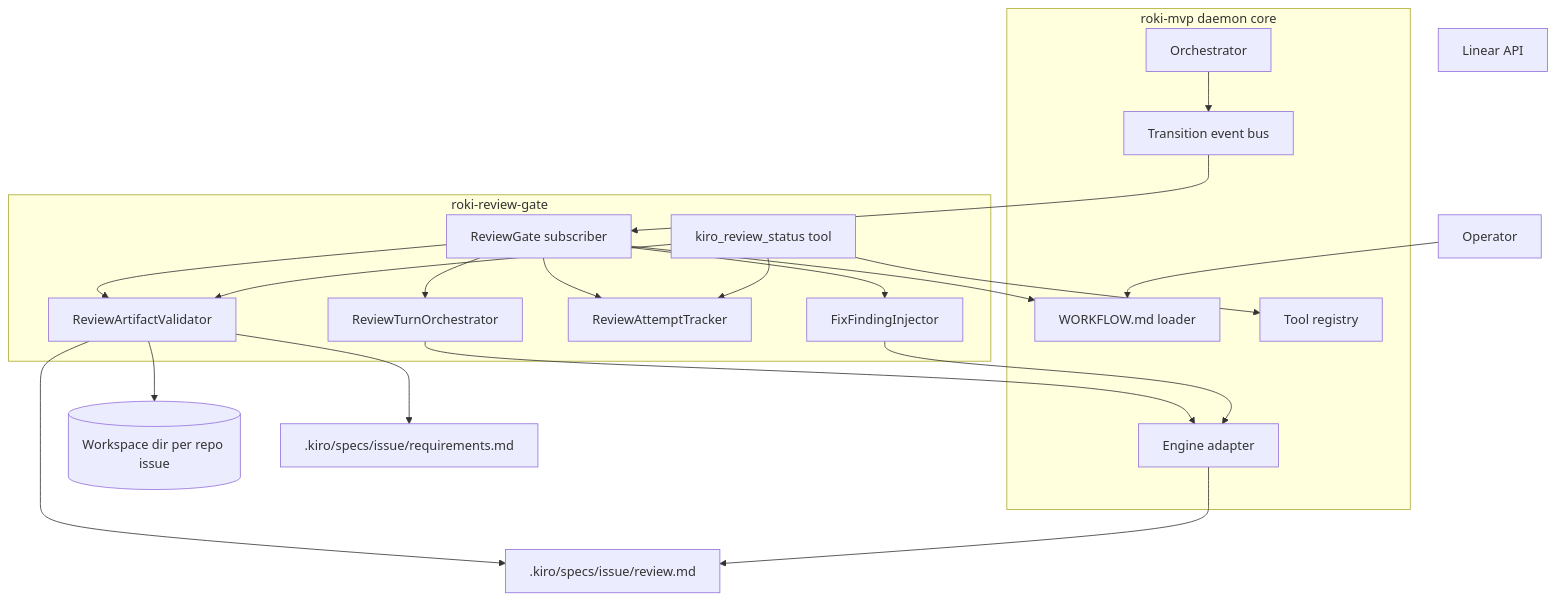
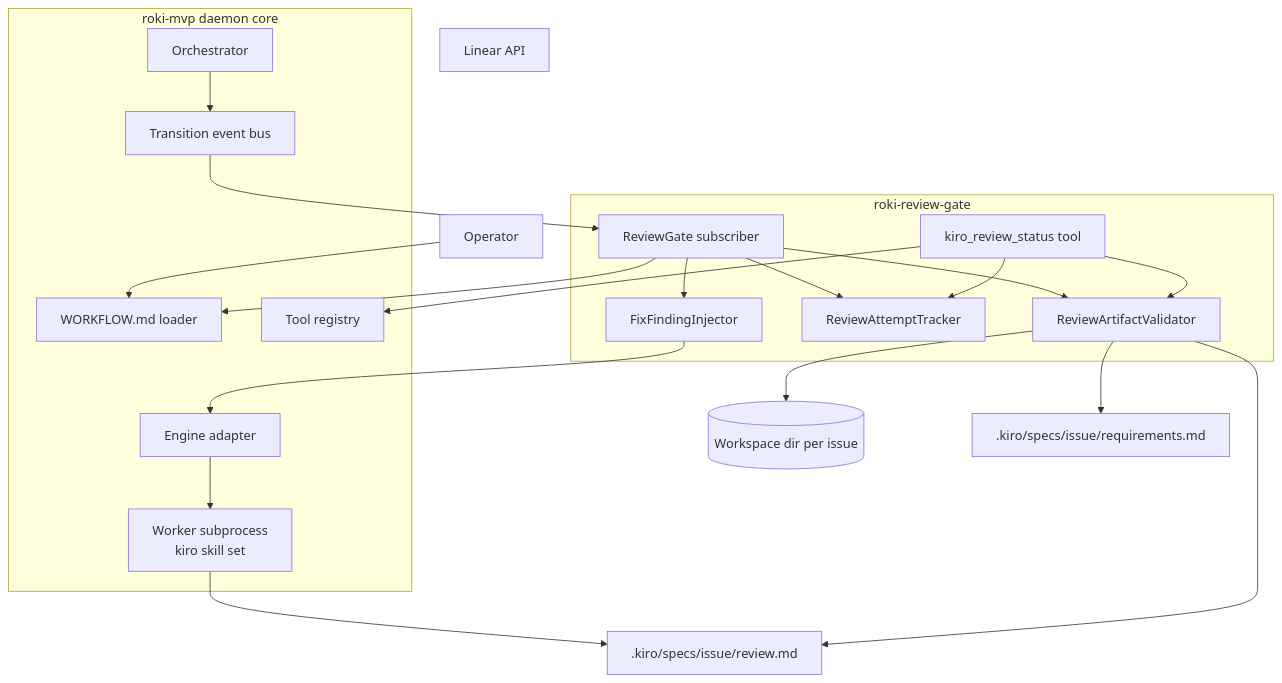
One commit to reedom/roki changed the first of 3 diagrams in .kiro/specs/roki-review-gate/design.md. Above: the diagram before and after it, drawn with Mermaid. The commit also changed other lines of this file and 7 other files, not shown here.

Commit message:
docs(specs): refine review-gate scope and approach alignment

````diff
--- a/.kiro/specs/roki-review-gate/design.md
+++ b/.kiro/specs/roki-review-gate/design.md
@@ -84,43 +86,42 @@
 ```mermaid
 graph TB
     Operator[Operator]
     Linear[Linear API]
-    Workspace[(Workspace dir per repo issue)]
+    Workspace[(Workspace dir per issue)]
     SpecMd[.kiro/specs/issue/requirements.md]
     ReviewMd[.kiro/specs/issue/review.md]
 
     subgraph RokiMvp[roki-mvp daemon core]
         Orch[Orchestrator]
         Eng[Engine adapter]
         WfLoader[WORKFLOW.md loader]
         ToolReg[Tool registry]
         EventBus[Transition event bus]
+        Worker[Worker subprocess<br/>kiro skill set]
     end
 
     subgraph ReviewGate[roki-review-gate]
         Gate[ReviewGate subscriber]
         Validator[ReviewArtifactValidator]
-        TurnOrch[ReviewTurnOrchestrator]
         Tracker[ReviewAttemptTracker]
         Injector[FixFindingInjector]
         StatusTool[kiro_review_status tool]
     end
 
     Operator --> WfLoader
+    Worker --> ReviewMd
     Orch --> EventBus
     EventBus --> Gate
     Gate --> Validator
     Validator --> ReviewMd
     Validator --> SpecMd
     Validator --> Workspace
-    Gate --> TurnOrch
-    TurnOrch --> Eng
-    Eng --> ReviewMd
     Gate --> Tracker
     Gate --> Injector
     Injector --> Eng
+    Eng --> Worker
     Gate --> WfLoader
     StatusTool --> ToolReg
     StatusTool --> Tracker
     StatusTool --> Validator
 ```
````
